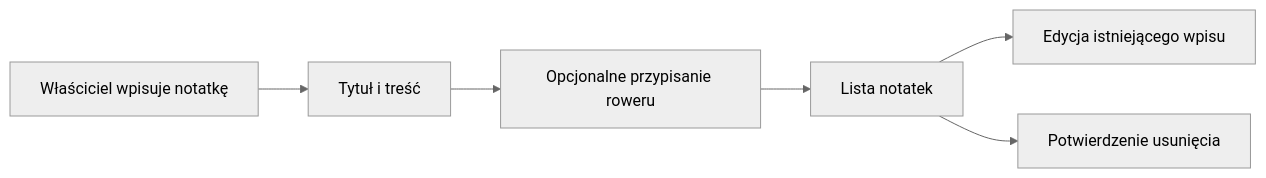
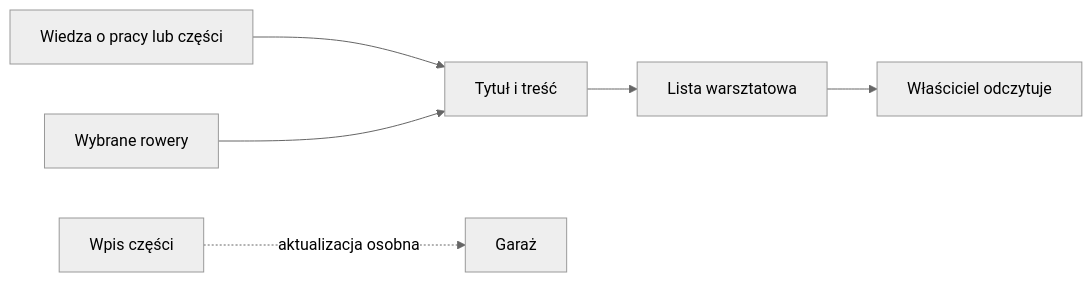
Before and after one commit to QbotMS/QbotQ: the diagram in docs/wiki/garaz/notatki-warsztatowe.md, drawn with Mermaid (neutral theme). The commit also changed other lines of this file and 153 other files, not shown here.

````diff
--- a/docs/wiki/garaz/notatki-warsztatowe.md
+++ b/docs/wiki/garaz/notatki-warsztatowe.md
@@ -38,8 +39,8 @@
 ```mermaid
 flowchart LR
-  Wlasciciel[Właściciel wpisuje notatkę] --> Tytul[Tytuł i treść]
-  Tytul --> Rower[Opcjonalne przypisanie roweru]
-  Rower --> Lista[Lista notatek]
-  Lista --> Edycja[Edycja istniejącego wpisu]
-  Lista --> Potwierdzenie[Potwierdzenie usunięcia]
+  Wskazowka[Wiedza o pracy lub części] --> Notatka[Tytuł i treść]
+  Rowery[Wybrane rowery] --> Notatka
+  Notatka --> Lista[Lista warsztatowa]
+  Lista --> Czlowiek[Właściciel odczytuje]
+  Czesc[Wpis części] -. aktualizacja osobna .-> Garaz[Garaż]
 ```
````
